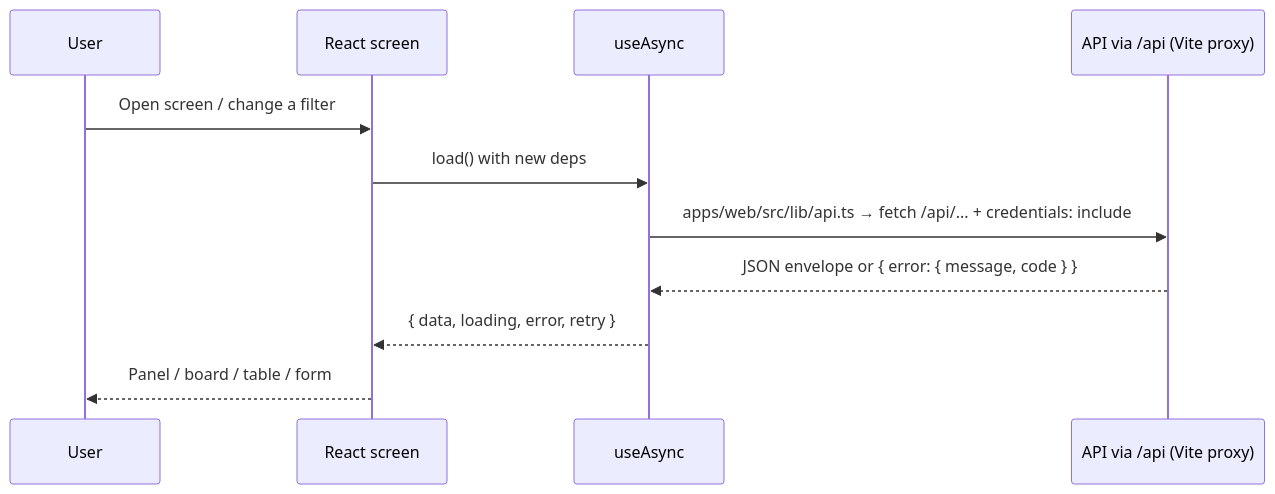
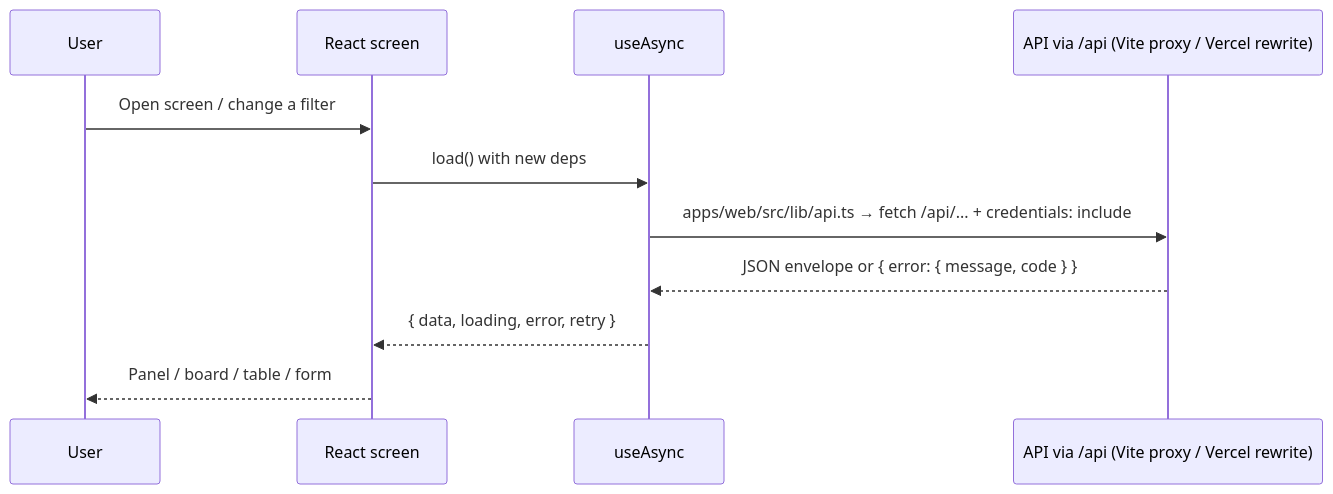
One commit to LyraCS/applied changed the fifth of 5 diagrams in docs/ARCHITECTURE.md. Above: the diagram before and after it, drawn with Mermaid. The commit also changed other lines of this file and 8 other files, not shown here.

````diff
--- a/docs/ARCHITECTURE.md
+++ b/docs/ARCHITECTURE.md
@@ -134,13 +134,13 @@
 ```mermaid
 sequenceDiagram
     participant U as User
     participant W as React screen
     participant H as useAsync
-    participant A as API via /api (Vite proxy)
+    participant A as API via /api (Vite proxy / Vercel rewrite)
     U->>W: Open screen / change a filter
     W->>H: load() with new deps
     H->>A: apps/web/src/lib/api.ts → fetch /api/... + credentials: include
     A-->>H: JSON envelope or { error: { message, code } }
     H-->>W: { data, loading, error, retry }
     W-->>U: Panel / board / table / form
 ```
````
